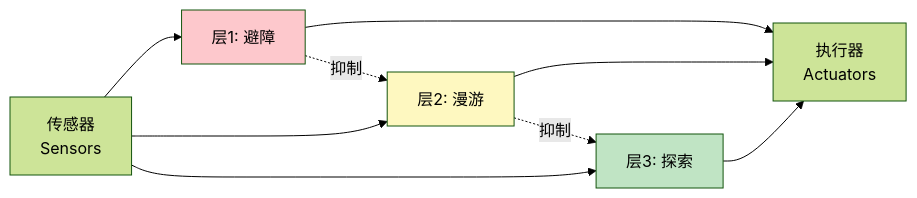
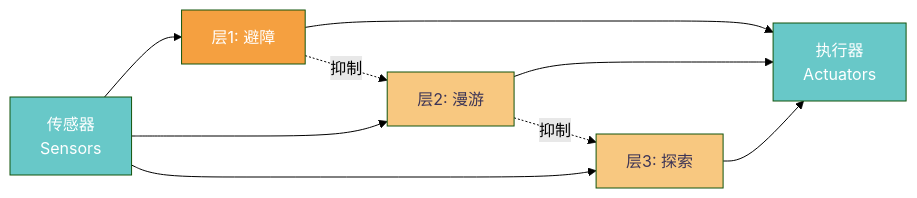
One commit to caoping0623/caoping0623.github.io changed the third of 12 diagrams in _posts/2026-04-15-ai-agent.md. Above: the diagram before and after it, drawn with Mermaid (forest theme). The commit also changed other lines of this file and 1 other file, not shown here.

First line of the commit message:
Update flowchart color scheme to match reference: teal/orange nodes, lavender arrows, pink subgraph containers

```diff
--- a/_posts/2026-04-15-ai-agent.md
+++ b/_posts/2026-04-15-ai-agent.md
@@ -109,14 +109,16 @@
 <div class="mermaid">
 graph LR
     S[传感器<br/>Sensors] --> L1[层1: 避障]
     S --> L2[层2: 漫游]
     S --> L3[层3: 探索]
     L1 --> A[执行器<br/>Actuators]
     L2 --> A
     L3 --> A
     L1 -.->|抑制| L2
     L2 -.->|抑制| L3
-    style L1 fill:#fdc8cc
-    style L2 fill:#fef8c0
-    style L3 fill:#c0e4c4
+    style S fill:#68c8c8,color:#ffffff
+    style L1 fill:#f5a040,color:#ffffff
+    style L2 fill:#f8c880,color:#3d3556
+    style L3 fill:#f8c880,color:#3d3556
+    style A fill:#68c8c8,color:#ffffff
 </div>
```
